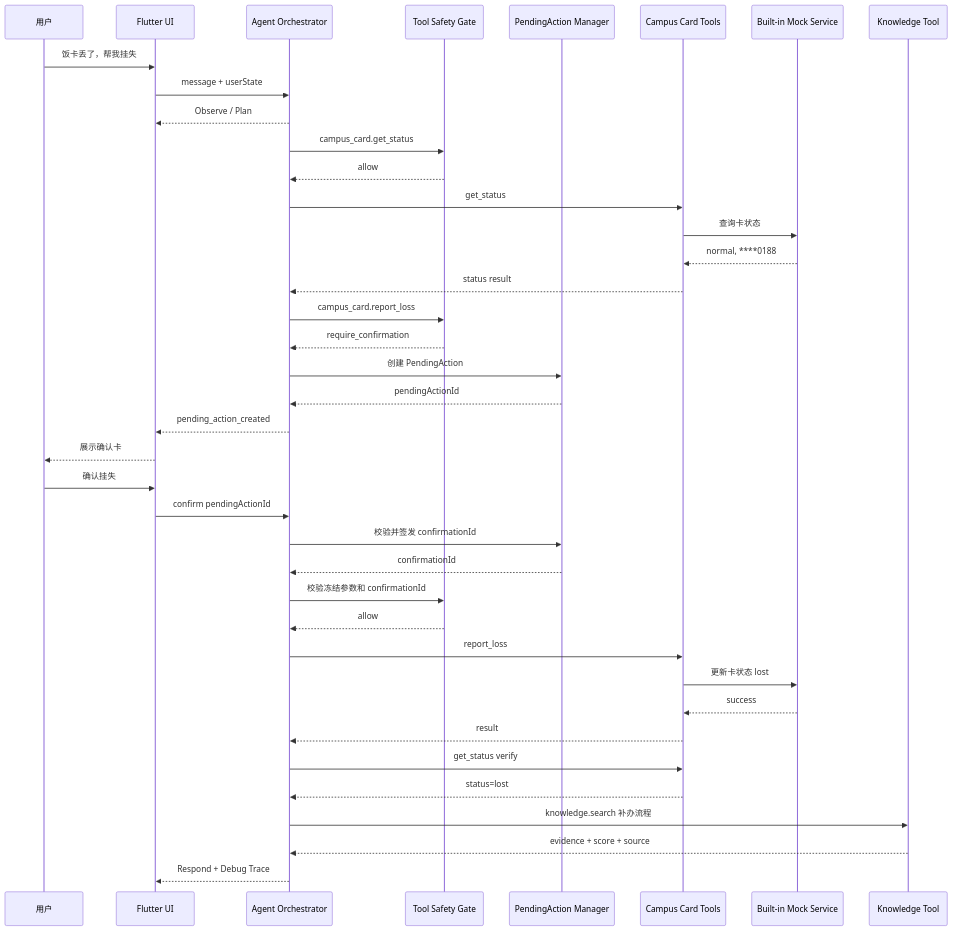
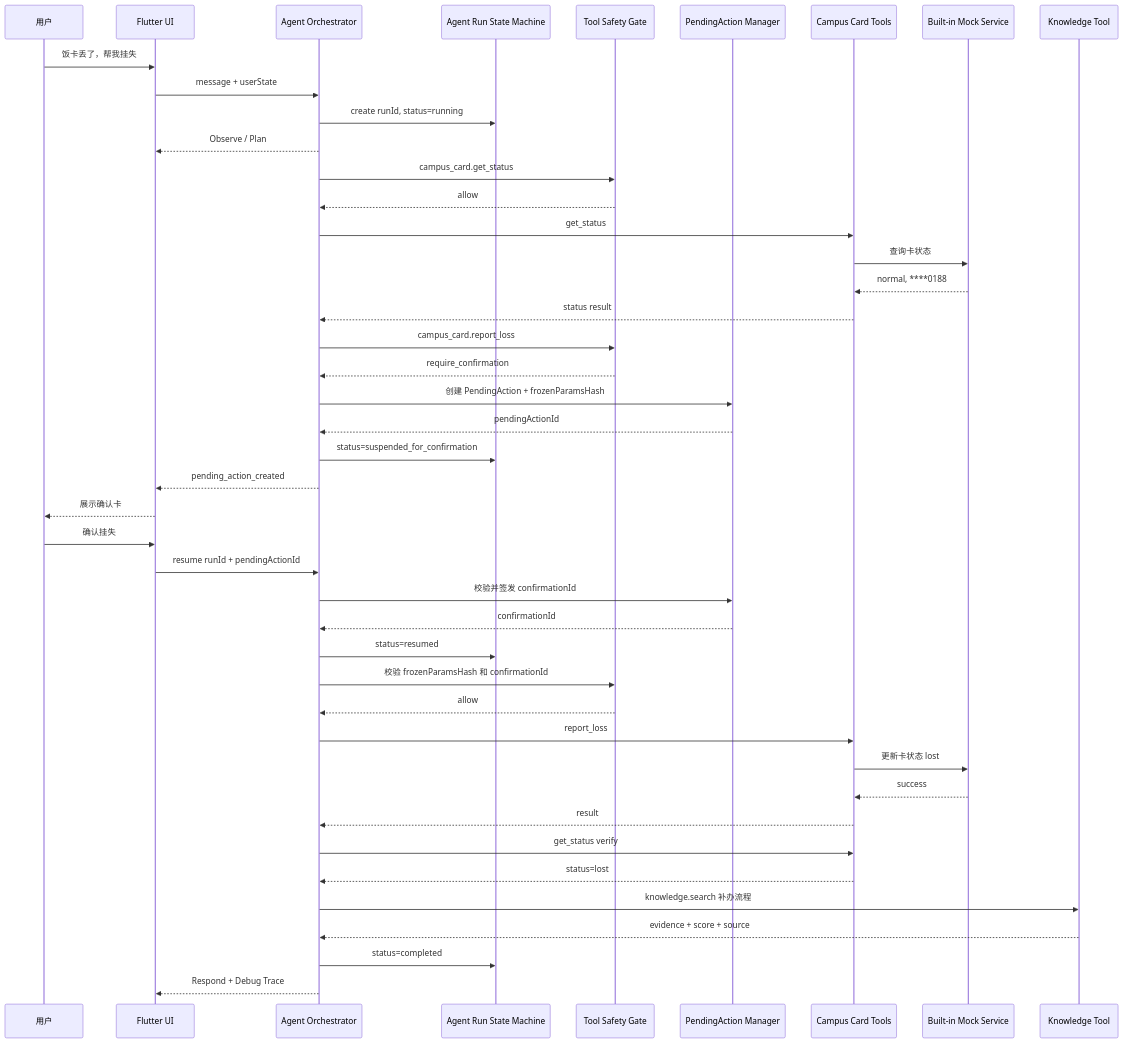
The third of 3 diagrams in docs/系统架构设计.md (sotice/campus--agent), drawn with Mermaid before and after one commit. The commit also changed other lines of this file and 7 other files, not shown here.

Commit message:
Update documentation for Campus Agent system architecture and deployment instructions; enhance clarity on Agent Run state machine, PendingAction flow, and security measures. Introduce review整改说明 document outlining整改目标,问题与整改处方, and新的 MVP 策略 to address评审意见.

````diff
--- a/docs/系统架构设计.md
+++ b/docs/系统架构设计.md
@@ -258,45 +261,50 @@
 ```mermaid
 sequenceDiagram
     participant User as 用户
     participant UI as Flutter UI
     participant Agent as Agent Orchestrator
+    participant Run as Agent Run State Machine
     participant Gate as Tool Safety Gate
     participant PA as PendingAction Manager
     participant Tool as Campus Card Tools
     participant Data as Built-in Mock Service
     participant KB as Knowledge Tool
 
     User->>UI: 饭卡丢了，帮我挂失
     UI->>Agent: message + userState
+    Agent->>Run: create runId, status=running
     Agent-->>UI: Observe / Plan
     Agent->>Gate: campus_card.get_status
     Gate-->>Agent: allow
     Agent->>Tool: get_status
     Tool->>Data: 查询卡状态
     Data-->>Tool: normal, ****0188
     Tool-->>Agent: status result
 
     Agent->>Gate: campus_card.report_loss
     Gate-->>Agent: require_confirmation
-    Agent->>PA: 创建 PendingAction
+    Agent->>PA: 创建 PendingAction + frozenParamsHash
     PA-->>Agent: pendingActionId
+    Agent->>Run: status=suspended_for_confirmation
     Agent-->>UI: pending_action_created
     UI-->>User: 展示确认卡
 
     User->>UI: 确认挂失
-    UI->>Agent: confirm pendingActionId
+    UI->>Agent: resume runId + pendingActionId
     Agent->>PA: 校验并签发 confirmationId
     PA-->>Agent: confirmationId
-    Agent->>Gate: 校验冻结参数和 confirmationId
+    Agent->>Run: status=resumed
+    Agent->>Gate: 校验 frozenParamsHash 和 confirmationId
     Gate-->>Agent: allow
     Agent->>Tool: report_loss
     Tool->>Data: 更新卡状态 lost
     Data-->>Tool: success
     Tool-->>Agent: result
 
     Agent->>Tool: get_status verify
     Tool-->>Agent: status=lost
     Agent->>KB: knowledge.search 补办流程
     KB-->>Agent: evidence + score + source
+    Agent->>Run: status=completed
     Agent-->>UI: Respond + Debug Trace
 ```
````
